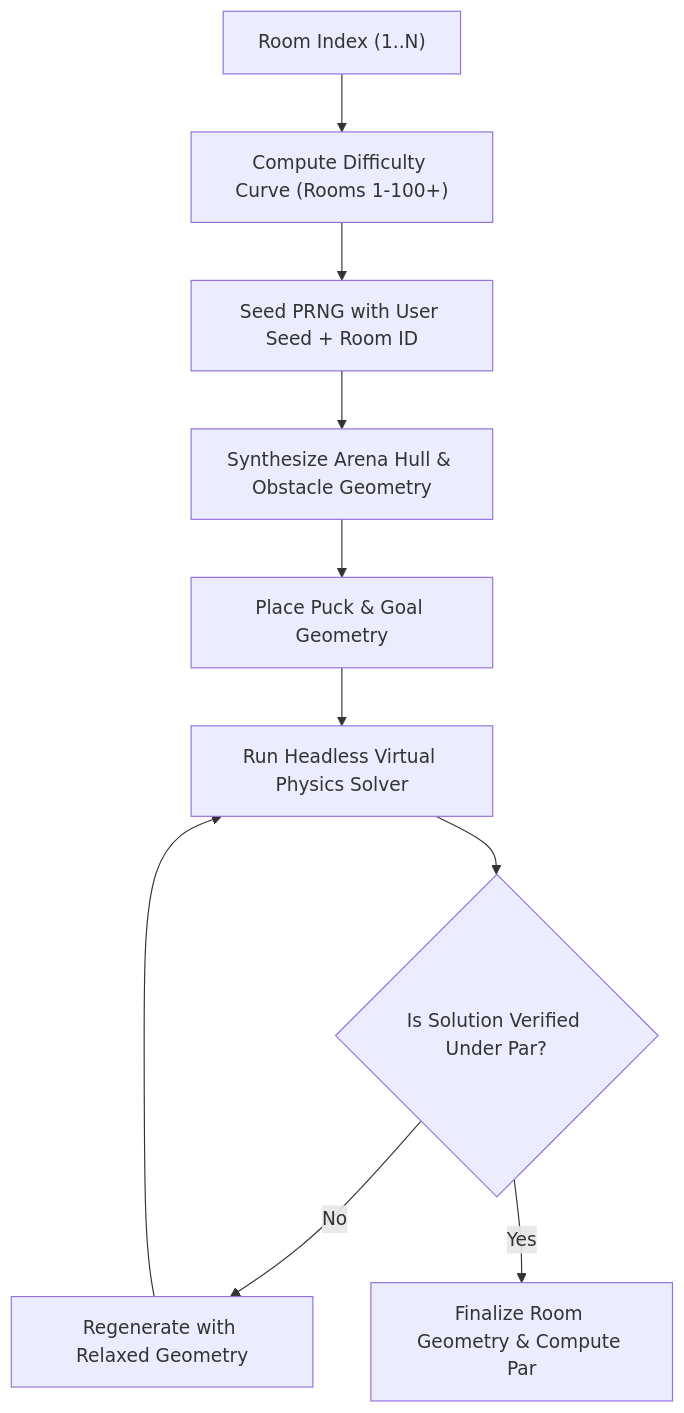
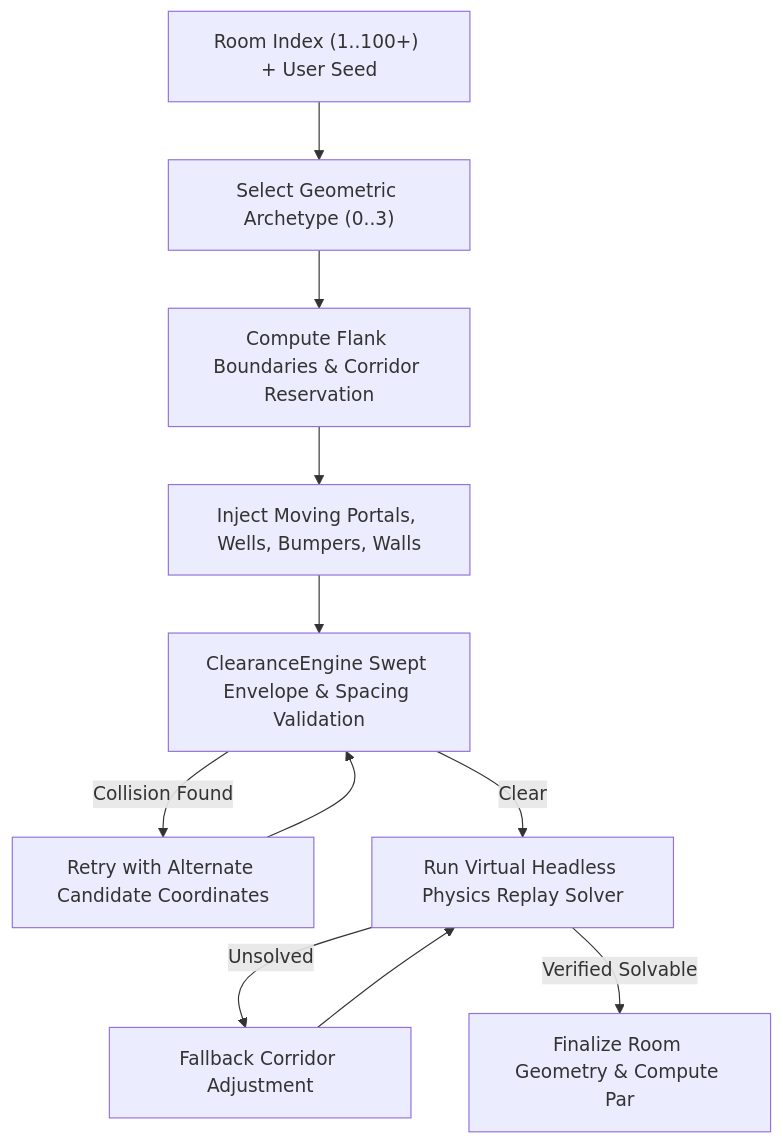
The diagram in README.md (xgoat-tbh/bankshot), drawn with Mermaid before and after one commit. The commit also changed other lines of this file and 39 other files, not shown here.

````diff
--- a/README.md
+++ b/README.md
@@ -164,12 +193,13 @@
 ```mermaid
 flowchart TD
-    A["Room Index (1..N)"] --> B["Compute Difficulty Curve (Rooms 1-100+)"]
-    B --> C["Seed PRNG with User Seed + Room ID"]
-    C --> D["Synthesize Arena Hull & Obstacle Geometry"]
-    D --> E["Place Puck & Goal Geometry"]
-    E --> F["Run Headless Virtual Physics Solver"]
-    F --> G{"Is Solution Verified Under Par?"}
-    G -- No --> H["Regenerate with Relaxed Geometry"]
-    H --> F
-    G -- Yes --> I["Finalize Room Geometry & Compute Par"]
+    A["Room Index (1..100+) + User Seed"] --> B["Select Geometric Archetype (0..3)"]
+    B --> C["Compute Flank Boundaries & Corridor Reservation"]
+    C --> D["Inject Moving Portals, Wells, Bumpers, Walls"]
+    D --> E["ClearanceEngine Swept Envelope & Spacing Validation"]
+    E -- Collision Found --> F["Retry with Alternate Candidate Coordinates"]
+    F --> E
+    E -- Clear --> G["Run Virtual Headless Physics Replay Solver"]
+    G -- Unsolved --> H["Fallback Corridor Adjustment"]
+    H --> G
+    G -- Verified Solvable --> I["Finalize Room Geometry & Compute Par"]
 ```
````
